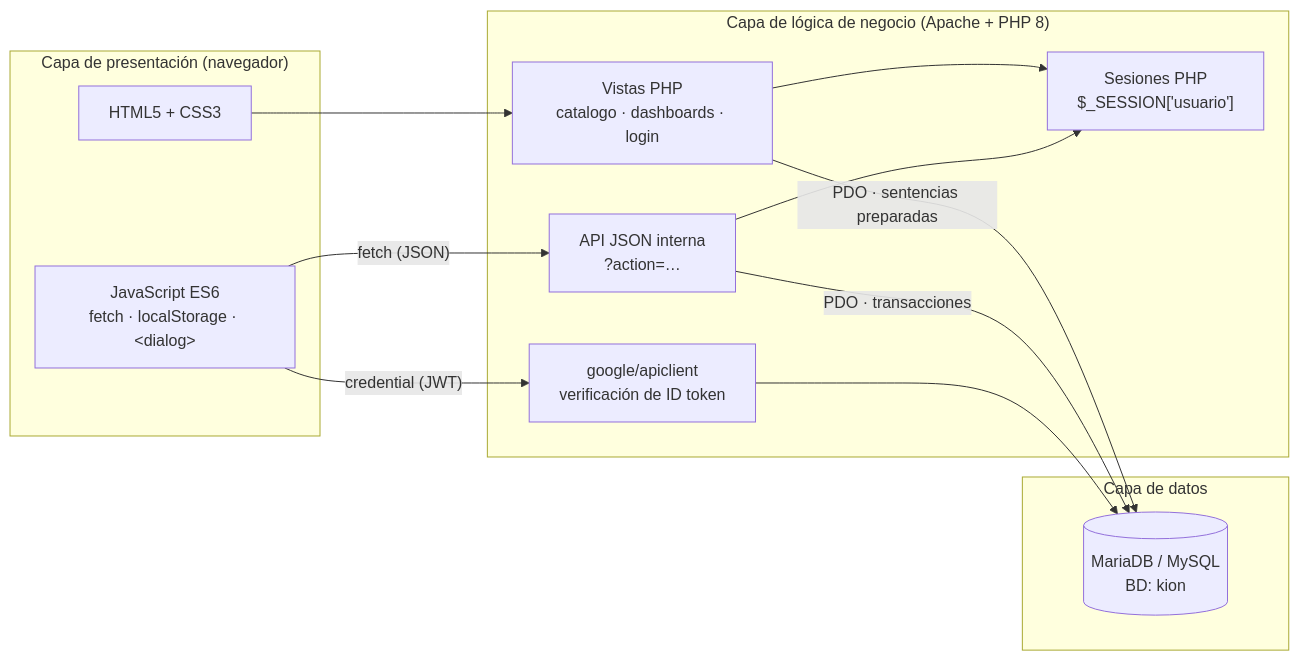
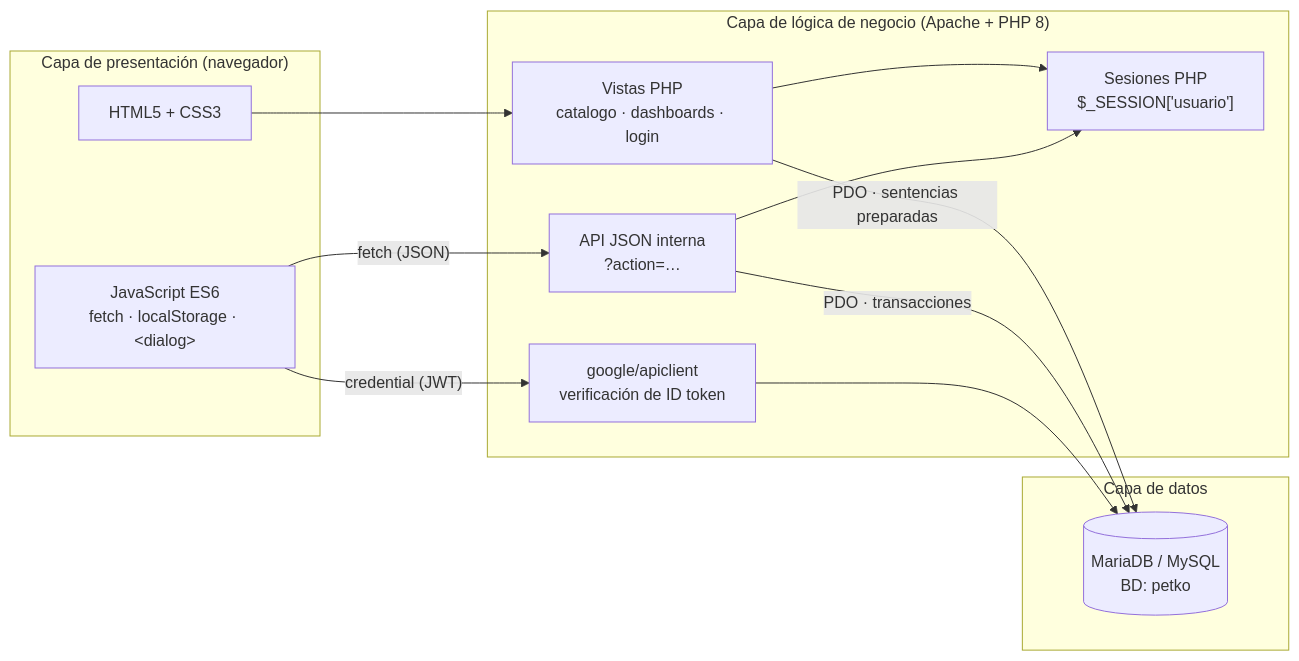
Before and after one commit to Davso-0/PETKO: the first of 4 diagrams in README.md, drawn with Mermaid. The commit also changed other lines of this file, not shown here.

First line of the commit message:
Revise README for project name change to PETKO

````diff
--- a/README.md
+++ b/README.md
@@ -101,27 +100,27 @@
 ```mermaid
 flowchart LR
     subgraph Cliente["Capa de presentación (navegador)"]
         HTML["HTML5 + CSS3"]
         JS["JavaScript ES6<br/>fetch · localStorage · &lt;dialog&gt;"]
     end
 
     subgraph Servidor["Capa de lógica de negocio (Apache + PHP 8)"]
         Paginas["Vistas PHP<br/>catalogo · dashboards · login"]
         API["API JSON interna<br/>?action=…"]
         Sesion["Sesiones PHP<br/>$_SESSION['usuario']"]
         Google["google/apiclient<br/>verificación de ID token"]
     end
 
     subgraph Datos["Capa de datos"]
-        DB[("MariaDB / MySQL<br/>BD: kion")]
+        DB[("MariaDB / MySQL<br/>BD: petko")]
     end
 
     HTML --> Paginas
     JS -- "fetch (JSON)" --> API
     Paginas --> Sesion
     API --> Sesion
     Paginas -- "PDO · sentencias preparadas" --> DB
     API -- "PDO · transacciones" --> DB
     JS -- "credential (JWT)" --> Google
     Google --> DB
 ```
````
